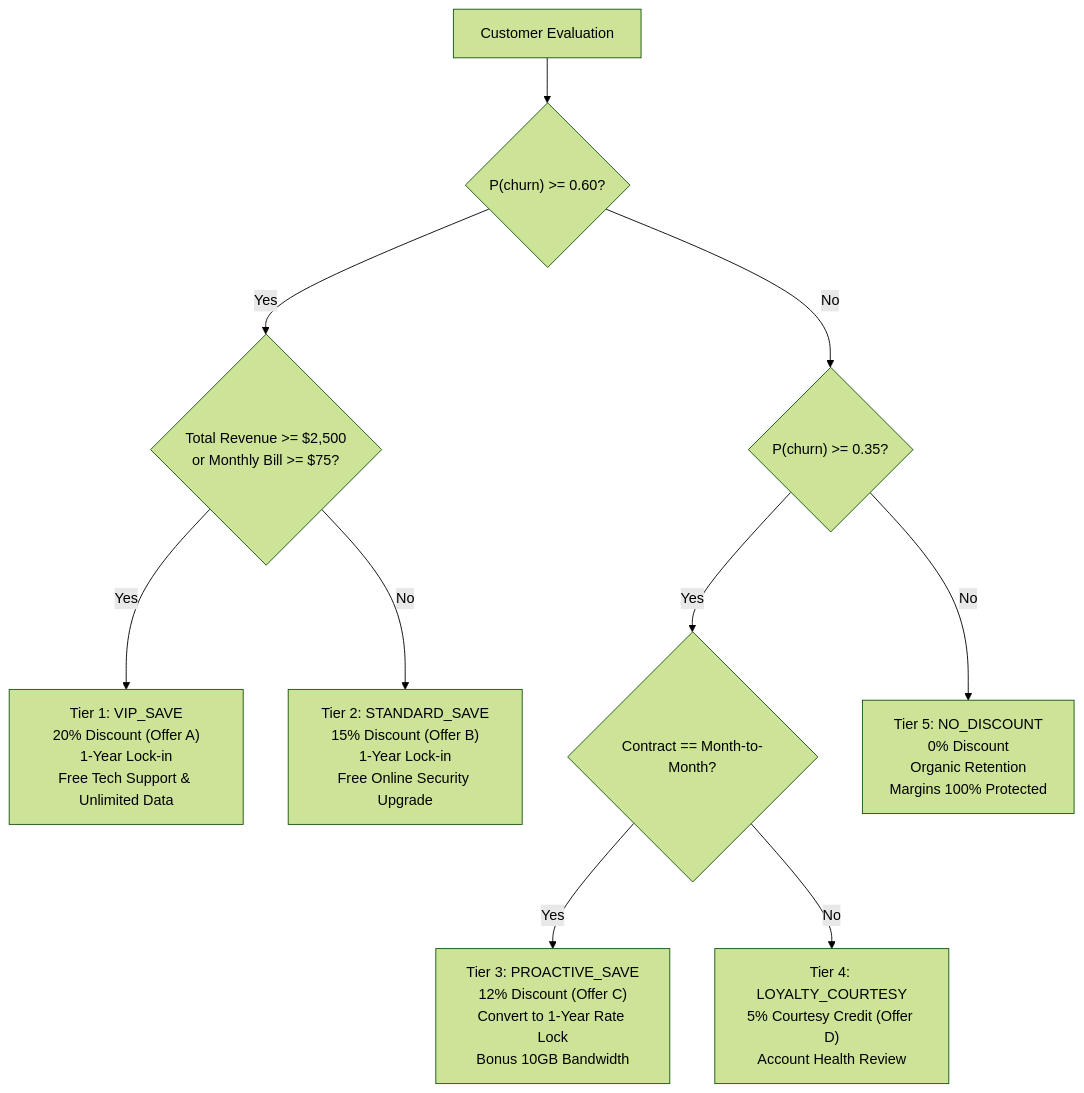
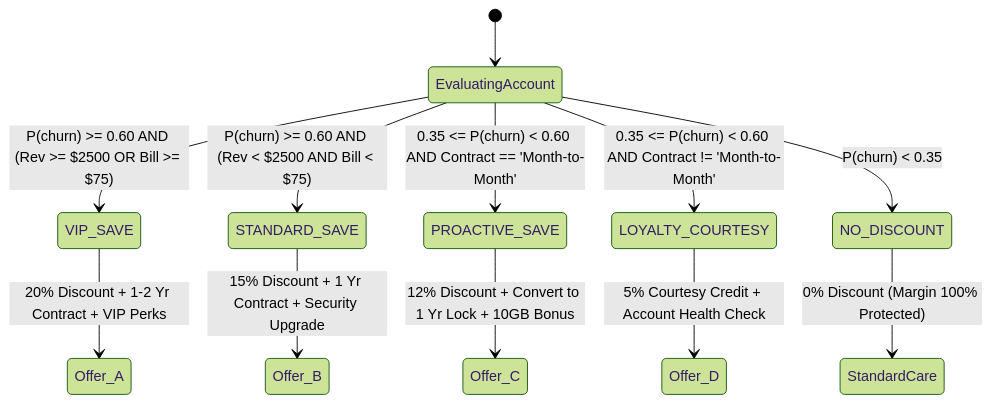
The second of 2 diagrams in customer_churn_prediction/TECHNICAL_REPORT.md (ItsSp00ky/LoopGain-Telecom-AI), drawn with Mermaid (forest theme) before and after one commit. The commit also changed other lines of this file and 1 other file, not shown here.

Commit message:
docs: expand technical report on value calculations and retention discount engine

````diff
--- a/customer_churn_prediction/TECHNICAL_REPORT.md
+++ b/customer_churn_prediction/TECHNICAL_REPORT.md
@@ -168,15 +244,16 @@
 ```mermaid
-graph TD
-    Start["Customer Evaluation"] --> C1{"P(churn) >= 0.60?"}
+stateDiagram-v2
+    [*] --> EvaluatingAccount
     
-    C1 -- Yes --> C2{"Total Revenue >= $2,500<br>or Monthly Bill >= $75?"}
-    C2 -- Yes --> T1["Tier 1: VIP_SAVE<br>20% Discount (Offer A)<br>1-Year Lock-in<br>Free Tech Support & Unlimited Data"]
-    C2 -- No --> T2["Tier 2: STANDARD_SAVE<br>15% Discount (Offer B)<br>1-Year Lock-in<br>Free Online Security Upgrade"]
+    EvaluatingAccount --> VIP_SAVE: P(churn) >= 0.60 AND (Rev >= $2500 OR Bill >= $75)
+    EvaluatingAccount --> STANDARD_SAVE: P(churn) >= 0.60 AND (Rev < $2500 AND Bill < $75)
+    EvaluatingAccount --> PROACTIVE_SAVE: 0.35 <= P(churn) < 0.60 AND Contract == 'Month-to-Month'
+    EvaluatingAccount --> LOYALTY_COURTESY: 0.35 <= P(churn) < 0.60 AND Contract != 'Month-to-Month'
+    EvaluatingAccount --> NO_DISCOUNT: P(churn) < 0.35
     
-    C1 -- No --> C3{"P(churn) >= 0.35?"}
-    C3 -- Yes --> C4{"Contract == Month-to-Month?"}
-    C4 -- Yes --> T3["Tier 3: PROACTIVE_SAVE<br>12% Discount (Offer C)<br>Convert to 1-Year Rate Lock<br>Bonus 10GB Bandwidth"]
-    C4 -- No --> T4["Tier 4: LOYALTY_COURTESY<br>5% Courtesy Credit (Offer D)<br>Account Health Review"]
-    
-    C3 -- No --> T5["Tier 5: NO_DISCOUNT<br>0% Discount<br>Organic Retention<br>Margins 100% Protected"]
+    VIP_SAVE --> Offer_A: 20% Discount + 1-2 Yr Contract + VIP Perks
+    STANDARD_SAVE --> Offer_B: 15% Discount + 1 Yr Contract + Security Upgrade
+    PROACTIVE_SAVE --> Offer_C: 12% Discount + Convert to 1 Yr Lock + 10GB Bonus
+    LOYALTY_COURTESY --> Offer_D: 5% Courtesy Credit + Account Health Check
+    NO_DISCOUNT --> StandardCare: 0% Discount (Margin 100% Protected)
 ```
````
